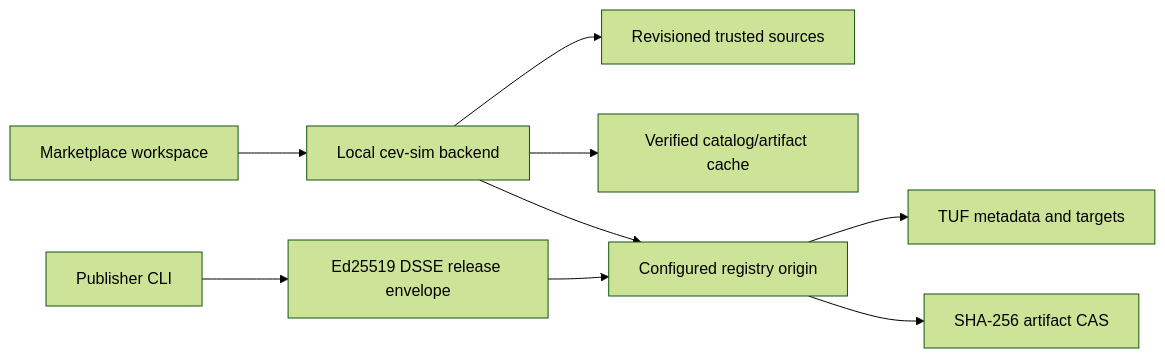
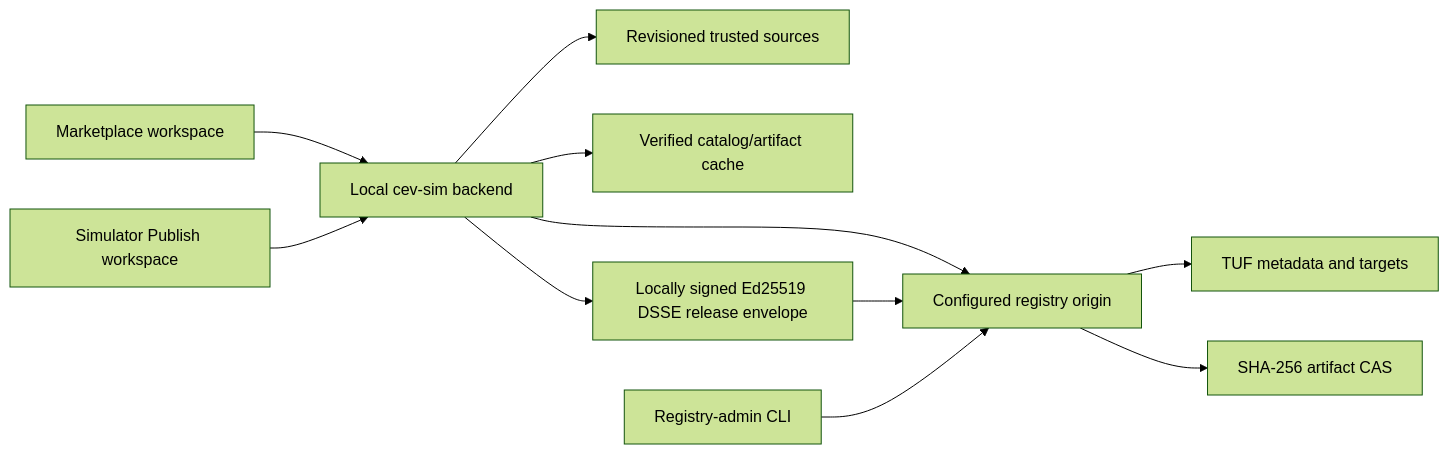
One commit to cornellev/ev-sim changed the diagram in docs/marketplace-plan.md. Above: the diagram before and after it, drawn with Mermaid (forest theme). The commit also changed other lines of this file and 26 other files, not shown here.

````diff
--- a/docs/marketplace-plan.md
+++ b/docs/marketplace-plan.md
@@ -67,11 +67,13 @@
 ```mermaid
 flowchart LR
   Browser[Marketplace workspace] --> Backend[Local cev-sim backend]
   Backend --> Sources[Revisioned trusted sources]
   Backend --> Cache[Verified catalog/artifact cache]
   Backend --> Registry[Configured registry origin]
   Registry --> Metadata[TUF metadata and targets]
   Registry --> CAS[SHA-256 artifact CAS]
-  Publisher[Publisher CLI] --> Envelope[Ed25519 DSSE release envelope]
+  Publish[Simulator Publish workspace] --> Backend
+  Backend --> Envelope[Locally signed Ed25519 DSSE release envelope]
   Envelope --> Registry
+  Admin[Registry-admin CLI] --> Registry
 ```
````
